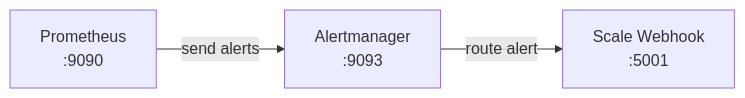
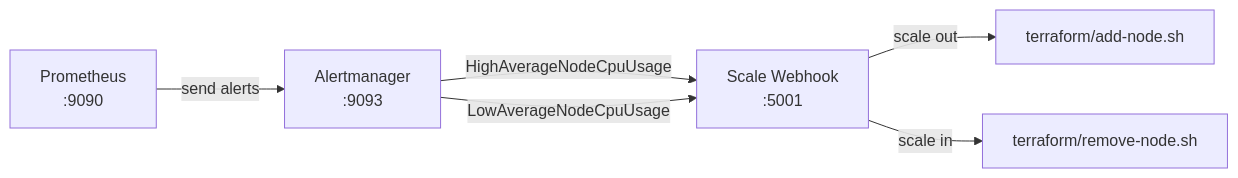
The diagram in alertmanager/README.md (kien-devops/cicd-ecr-kube-ec2-gitaction), drawn with Mermaid before and after one commit. The commit also changed other lines of this file and 20 other files, not shown here.

````diff
--- a/alertmanager/README.md
+++ b/alertmanager/README.md
@@ -14,5 +14,8 @@
 ```mermaid
 flowchart LR
     PROM[Prometheus<br/>:9090] -->|send alerts| ALERT[Alertmanager<br/>:9093]
-    ALERT -->|route alert| WEBHOOK[Scale Webhook<br/>:5001]
+    ALERT -->|HighAverageNodeCpuUsage| WEBHOOK[Scale Webhook<br/>:5001]
+    ALERT -->|LowAverageNodeCpuUsage| WEBHOOK
+    WEBHOOK -->|scale out| ADD[terraform/add-node.sh]
+    WEBHOOK -->|scale in| REMOVE[terraform/remove-node.sh]
 ```
````
